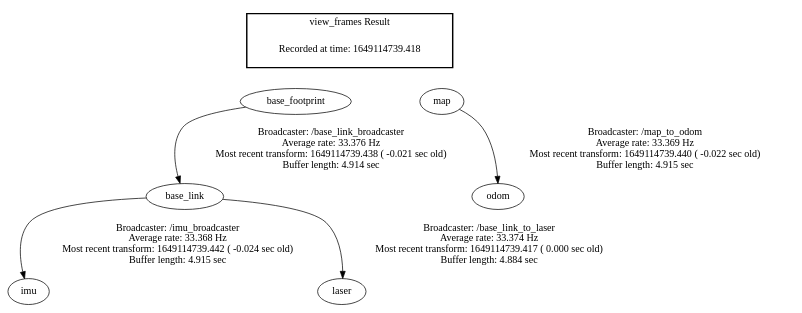
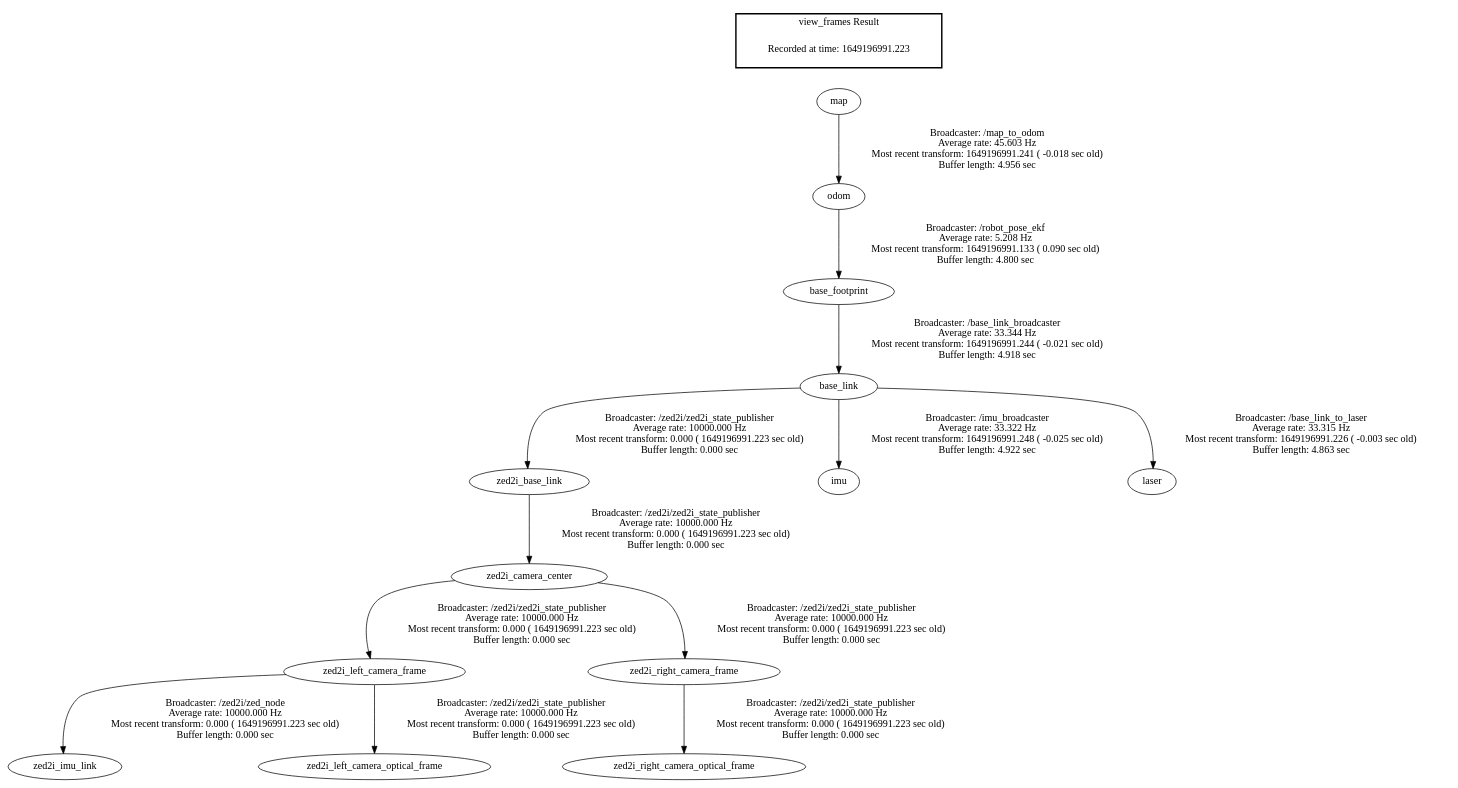
Before and after one commit to stephentambussi/RSL_SeniorDesign: the diagram in frames.gv, drawn with Graphviz. The commit also changed 4 other files, not shown here.

```diff
--- a/frames.gv
+++ b/frames.gv
@@ -1,14 +1,18 @@
 digraph G {
-"base_footprint" -> "base_link"[label="Broadcaster: /base_link_broadcaster\nAverage rate: 33.376 Hz\nMost recent transform: 1649114739.438 ( -0.021 sec old)\nBuffer length: 4.914 sec\n"];
-"map" -> "odom"[label="Broadcaster: /map_to_odom\nAverage rate: 33.369 Hz\nMost recent transform: 1649114739.440 ( -0.022 sec old)\nBuffer length: 4.915 sec\n"];
-"base_link" -> "imu"[label="Broadcaster: /imu_broadcaster\nAverage rate: 33.368 Hz\nMost recent transform: 1649114739.442 ( -0.024 sec old)\nBuffer length: 4.915 sec\n"];
-"base_link" -> "laser"[label="Broadcaster: /base_link_to_laser\nAverage rate: 33.374 Hz\nMost recent transform: 1649114739.417 ( 0.000 sec old)\nBuffer length: 4.884 sec\n"];
+"zed2i_left_camera_frame" -> "zed2i_imu_link"[label="Broadcaster: /zed2i/zed_node\nAverage rate: 10000.000 Hz\nMost recent transform: 0.000 ( 1649196991.223 sec old)\nBuffer length: 0.000 sec\n"];
+"zed2i_camera_center" -> "zed2i_left_camera_frame"[label="Broadcaster: /zed2i/zed2i_state_publisher\nAverage rate: 10000.000 Hz\nMost recent transform: 0.000 ( 1649196991.223 sec old)\nBuffer length: 0.000 sec\n"];
+"base_link" -> "zed2i_base_link"[label="Broadcaster: /zed2i/zed2i_state_publisher\nAverage rate: 10000.000 Hz\nMost recent transform: 0.000 ( 1649196991.223 sec old)\nBuffer length: 0.000 sec\n"];
+"base_footprint" -> "base_link"[label="Broadcaster: /base_link_broadcaster\nAverage rate: 33.344 Hz\nMost recent transform: 1649196991.244 ( -0.021 sec old)\nBuffer length: 4.918 sec\n"];
+"zed2i_base_link" -> "zed2i_camera_center"[label="Broadcaster: /zed2i/zed2i_state_publisher\nAverage rate: 10000.000 Hz\nMost recent transform: 0.000 ( 1649196991.223 sec old)\nBuffer length: 0.000 sec\n"];
+"zed2i_left_camera_frame" -> "zed2i_left_camera_optical_frame"[label="Broadcaster: /zed2i/zed2i_state_publisher\nAverage rate: 10000.000 Hz\nMost recent transform: 0.000 ( 1649196991.223 sec old)\nBuffer length: 0.000 sec\n"];
+"zed2i_camera_center" -> "zed2i_right_camera_frame"[label="Broadcaster: /zed2i/zed2i_state_publisher\nAverage rate: 10000.000 Hz\nMost recent transform: 0.000 ( 1649196991.223 sec old)\nBuffer length: 0.000 sec\n"];
+"zed2i_right_camera_frame" -> "zed2i_right_camera_optical_frame"[label="Broadcaster: /zed2i/zed2i_state_publisher\nAverage rate: 10000.000 Hz\nMost recent transform: 0.000 ( 1649196991.223 sec old)\nBuffer length: 0.000 sec\n"];
+"odom" -> "base_footprint"[label="Broadcaster: /robot_pose_ekf\nAverage rate: 5.208 Hz\nMost recent transform: 1649196991.133 ( 0.090 sec old)\nBuffer length: 4.800 sec\n"];
+"base_link" -> "imu"[label="Broadcaster: /imu_broadcaster\nAverage rate: 33.322 Hz\nMost recent transform: 1649196991.248 ( -0.025 sec old)\nBuffer length: 4.922 sec\n"];
+"map" -> "odom"[label="Broadcaster: /map_to_odom\nAverage rate: 45.603 Hz\nMost recent transform: 1649196991.241 ( -0.018 sec old)\nBuffer length: 4.956 sec\n"];
+"base_link" -> "laser"[label="Broadcaster: /base_link_to_laser\nAverage rate: 33.315 Hz\nMost recent transform: 1649196991.226 ( -0.003 sec old)\nBuffer length: 4.863 sec\n"];
 edge [style=invis];
  subgraph cluster_legend { style=bold; color=black; label ="view_frames Result";
-"Recorded at time: 1649114739.418"[ shape=plaintext ] ;
- }->"base_footprint";
-edge [style=invis];
- subgraph cluster_legend { style=bold; color=black; label ="view_frames Result";
-"Recorded at time: 1649114739.418"[ shape=plaintext ] ;
+"Recorded at time: 1649196991.223"[ shape=plaintext ] ;
  }->"map";
 }
```
